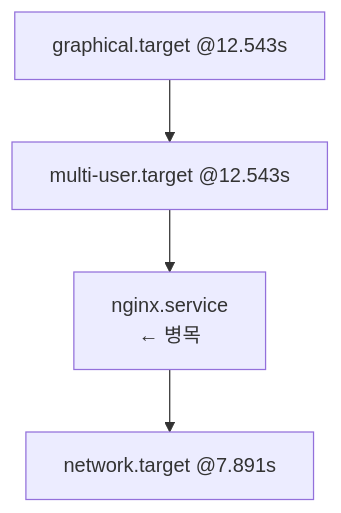
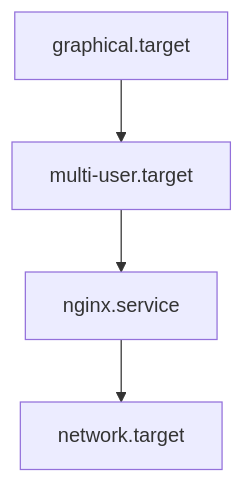
One commit to moonblueblue/devops-wiki changed the sixth of 6 diagrams in content/linux/boot-init/boot-process.md. Above: the diagram before and after it, drawn with Mermaid. The commit also changed other lines of this file and 37 other files, not shown here.

First line of the commit message:
style: linux 카테고리 ASCII 도표·Mermaid 라벨 형식 교정

````diff
--- a/content/linux/boot-init/boot-process.md
+++ b/content/linux/boot-init/boot-process.md
@@ -293,9 +301,9 @@
 ```mermaid
 graph TD
-    A[graphical.target @12.543s]
-    B[multi-user.target @12.543s]
-    C["nginx.service\n← 병목"]
-    D[network.target @7.891s]
+    A[graphical.target]
+    B[multi-user.target]
+    C[nginx.service]
+    D[network.target]
 
     A --> B --> C --> D
 ```
````
